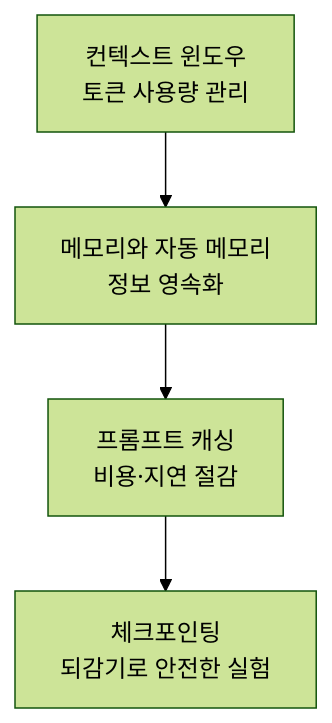
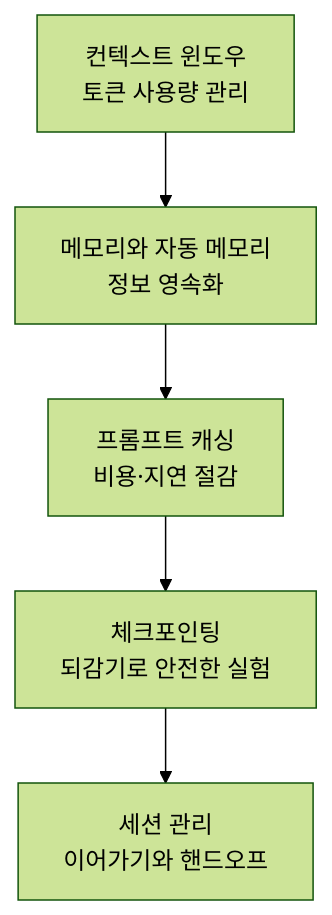
One commit to modu-ai/moai-adk changed the diagram in docs-site/content/ko/claude-code/context-memory/_index.md. Above: the diagram before and after it, drawn with Mermaid (forest theme). The commit also changed other lines of this file and 5 other files, not shown here.

````diff
--- a/docs-site/content/ko/claude-code/context-memory/_index.md
+++ b/docs-site/content/ko/claude-code/context-memory/_index.md
@@ -23,6 +26,7 @@
 ```mermaid
 flowchart TD
     A[컨텍스트 윈도우<br>토큰 사용량 관리] --> B[메모리와 자동 메모리<br>정보 영속화]
     B --> C[프롬프트 캐싱<br>비용·지연 절감]
     C --> D[체크포인팅<br>되감기로 안전한 실험]
+    D --> E[세션 관리<br>이어가기와 핸드오프]
 ```
````
